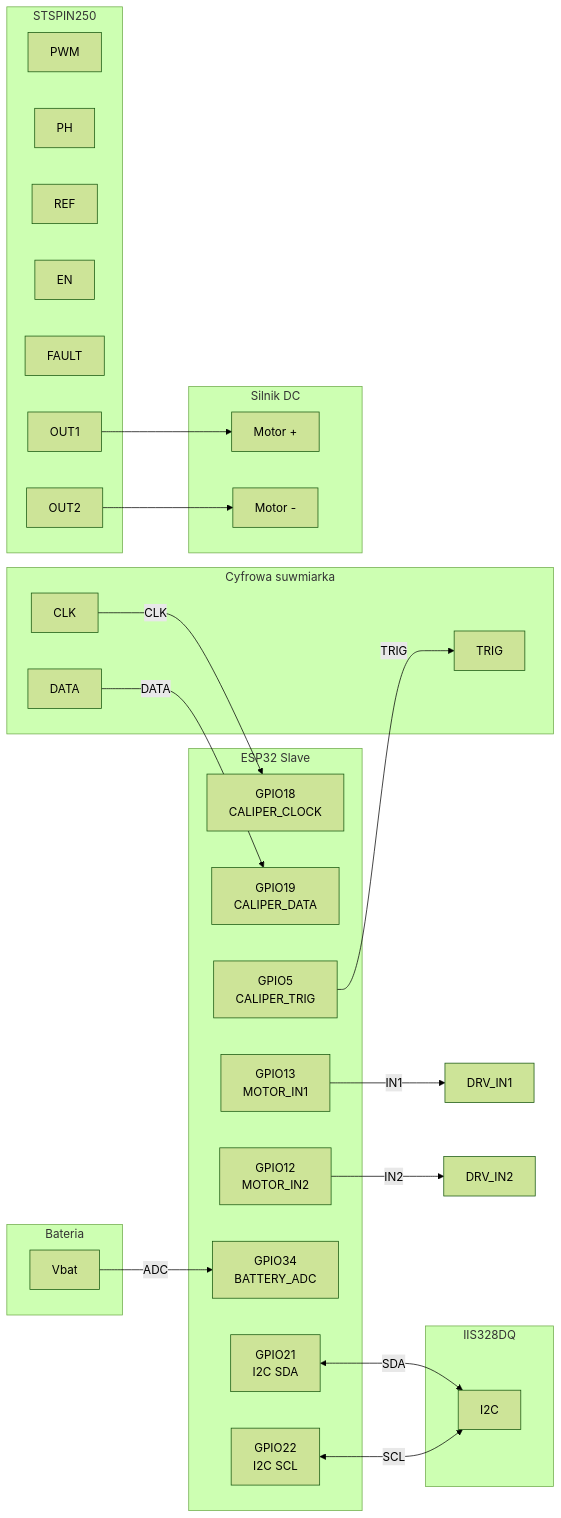
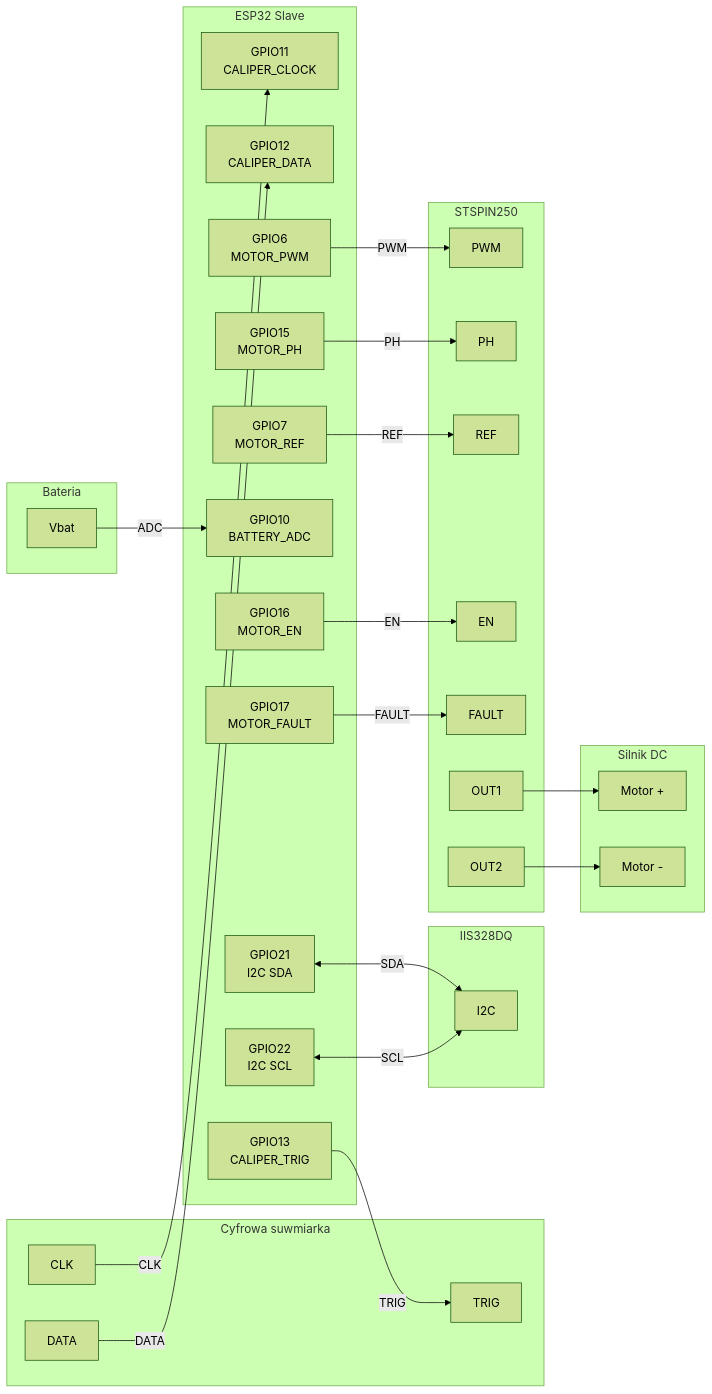
Before and after one commit to ciupakt/caliper: the third of 3 diagrams in README.md, drawn with Mermaid (forest theme). The commit also changed other lines of this file, not shown here.

````diff
--- a/README.md
+++ b/README.md
@@ -191,61 +191,67 @@
 ```mermaid
 flowchart LR
     %% Układ: urządzenia po lewej, ESP32 po środku, obciążenia po prawej.
 
     subgraph CAL[Cyfrowa suwmiarka]
         CAL_CLK[CLK]
         CAL_DATA[DATA]
         CAL_TRIG[TRIG]
     end
 
     subgraph ACC[IIS328DQ]
         ACC_I2C[I2C]
     end
 
     subgraph BATT[Bateria]
         BATT_V[Vbat]
     end
 
-    subgraph SL[ESP32 Slave]
-        GPIO18[GPIO18<br/>CALIPER_CLOCK]
-        GPIO19[GPIO19<br/>CALIPER_DATA]
-        GPIO5[GPIO5<br/>CALIPER_TRIG]
+subgraph SL[ESP32 Slave]
+         GPIO11[GPIO11<br/>CALIPER_CLOCK]
+         GPIO12[GPIO12<br/>CALIPER_DATA]
+         GPIO13[GPIO13<br/>CALIPER_TRIG]
 
-        GPIO21[GPIO21<br/>I2C SDA]
-        GPIO22[GPIO22<br/>I2C SCL]
+         GPIO21[GPIO21<br/>I2C SDA]
+         GPIO22[GPIO22<br/>I2C SCL]
 
-        GPIO34[GPIO34<br/>BATTERY_ADC]
+         GPIO10[GPIO10<br/>BATTERY_ADC]
 
-        GPIO13[GPIO13<br/>MOTOR_IN1]
-        GPIO12[GPIO12<br/>MOTOR_IN2]
-    end
+         GPIO6[GPIO6<br/>MOTOR_PWM]
+         GPIO15[GPIO15<br/>MOTOR_PH]
+         GPIO7[GPIO7<br/>MOTOR_REF]
+         GPIO16[GPIO16<br/>MOTOR_EN]
+         GPIO17[GPIO17<br/>MOTOR_FAULT]
+     end
 
-    subgraph DRV[STSPIN250]
-        DRV_PWM[PWM]
-        DRV_PH[PH]
-        DRV_REF[REF]
-        DRV_EN[EN]
-        DRV_FAULT[FAULT]
-        DRV_OUT1[OUT1]
-        DRV_OUT2[OUT2]
-    end
+     subgraph DRV[STSPIN250]
+         DRV_PWM[PWM]
+         DRV_PH[PH]
+         DRV_REF[REF]
+         DRV_EN[EN]
+         DRV_FAULT[FAULT]
+         DRV_OUT1[OUT1]
+         DRV_OUT2[OUT2]
+     end
 
-    subgraph MOT[Silnik DC]
-        MOT_A[Motor +]
-        MOT_B[Motor -]
-    end
+     subgraph MOT[Silnik DC]
+         MOT_A[Motor +]
+         MOT_B[Motor -]
+     end
 
-    CAL_CLK -->|CLK| GPIO18
-    CAL_DATA -->|DATA| GPIO19
-    GPIO5 -->|TRIG| CAL_TRIG
+     CAL_CLK -->|CLK| GPIO11
+     CAL_DATA -->|DATA| GPIO12
+     GPIO13 -->|TRIG| CAL_TRIG
 
-    GPIO21 <--> |SDA| ACC_I2C
-    GPIO22 <--> |SCL| ACC_I2C
+     GPIO21 <--> |SDA| ACC_I2C
+     GPIO22 <--> |SCL| ACC_I2C
 
-    BATT_V -->|ADC| GPIO34
+     BATT_V -->|ADC| GPIO10
 
-    GPIO13 -->|IN1| DRV_IN1
-    GPIO12 -->|IN2| DRV_IN2
-    DRV_OUT1 --> MOT_A
-    DRV_OUT2 --> MOT_B
+     GPIO6 -->|PWM| DRV_PWM
+     GPIO15 -->|PH| DRV_PH
+     GPIO7 -->|REF| DRV_REF
+     GPIO16 -->|EN| DRV_EN
+     GPIO17 -->|FAULT| DRV_FAULT
+     DRV_OUT1 --> MOT_A
+     DRV_OUT2 --> MOT_B
 ```
````
